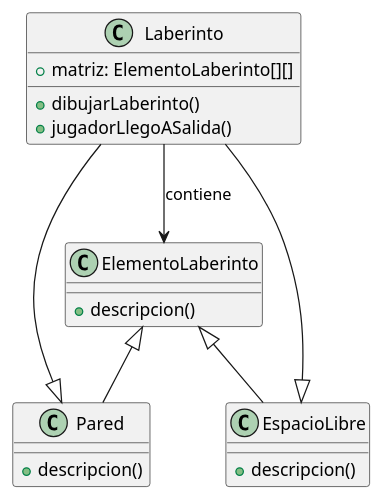
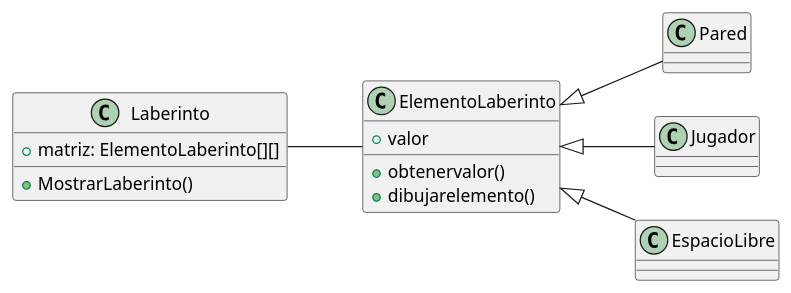
The diagram in clases.plantuml (sagarcial/labertinto), drawn with PlantUML before and after one commit.

Commit message:
modificacion al diagrama de clases

```diff
--- a/clases.plantuml
+++ b/clases.plantuml
@@ -1,25 +1,26 @@
 @startuml
+left to right direction
+
 class Laberinto {
   +matriz: ElementoLaberinto[][]
-  +dibujarLaberinto()
-  +jugadorLlegoASalida()
+  +MostrarLaberinto()
 }
 
 class ElementoLaberinto {
-  +descripcion()
+  +valor
+  +obtenervalor()
+  +dibujarelemento()
 }
 
 class Pared {
-  +descripcion()
+}
+class Jugador {
+}
+class EspacioLibre {
 }
 
-class EspacioLibre {
-  +descripcion()
-}
-
-Laberinto --> ElementoLaberinto : contiene
-Laberinto --|> Pared
-Laberinto --|> EspacioLibre
+Laberinto  -- ElementoLaberinto 
 ElementoLaberinto <|-- Pared
 ElementoLaberinto <|-- EspacioLibre
+ElementoLaberinto <|-- Jugador
 @enduml
```
